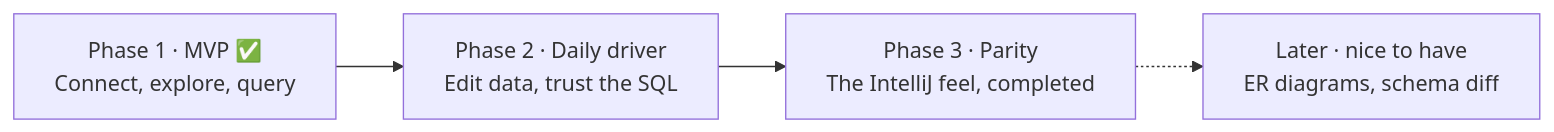
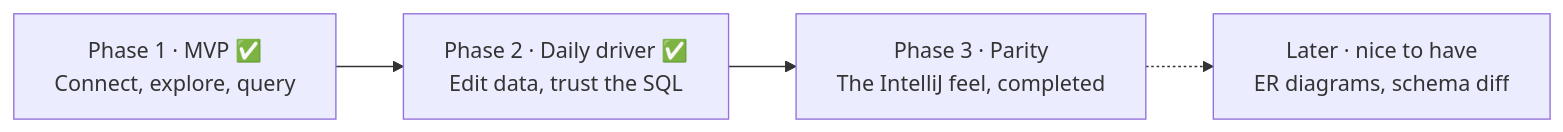
One commit to sultanofcardio/tablecloth changed the diagram in ROADMAP.md. Above: the diagram before and after it, drawn with Mermaid. The commit also changed other lines of this file and 102 other files, not shown here.

First line of the commit message:
feat: Tablecloth Phase 2 daily driver - edit data, trust the SQL (#2)

````diff
--- a/ROADMAP.md
+++ b/ROADMAP.md
@@ -7,4 +7,4 @@
 ```mermaid
 flowchart LR
-    P1["Phase 1 · MVP ✅\nConnect, explore, query"] --> P2["Phase 2 · Daily driver\nEdit data, trust the SQL"] --> P3["Phase 3 · Parity\nThe IntelliJ feel, completed"] -.-> L["Later · nice to have\nER diagrams, schema diff"]
+    P1["Phase 1 · MVP ✅\nConnect, explore, query"] --> P2["Phase 2 · Daily driver ✅\nEdit data, trust the SQL"] --> P3["Phase 3 · Parity\nThe IntelliJ feel, completed"] -.-> L["Later · nice to have\nER diagrams, schema diff"]
 ```
````
